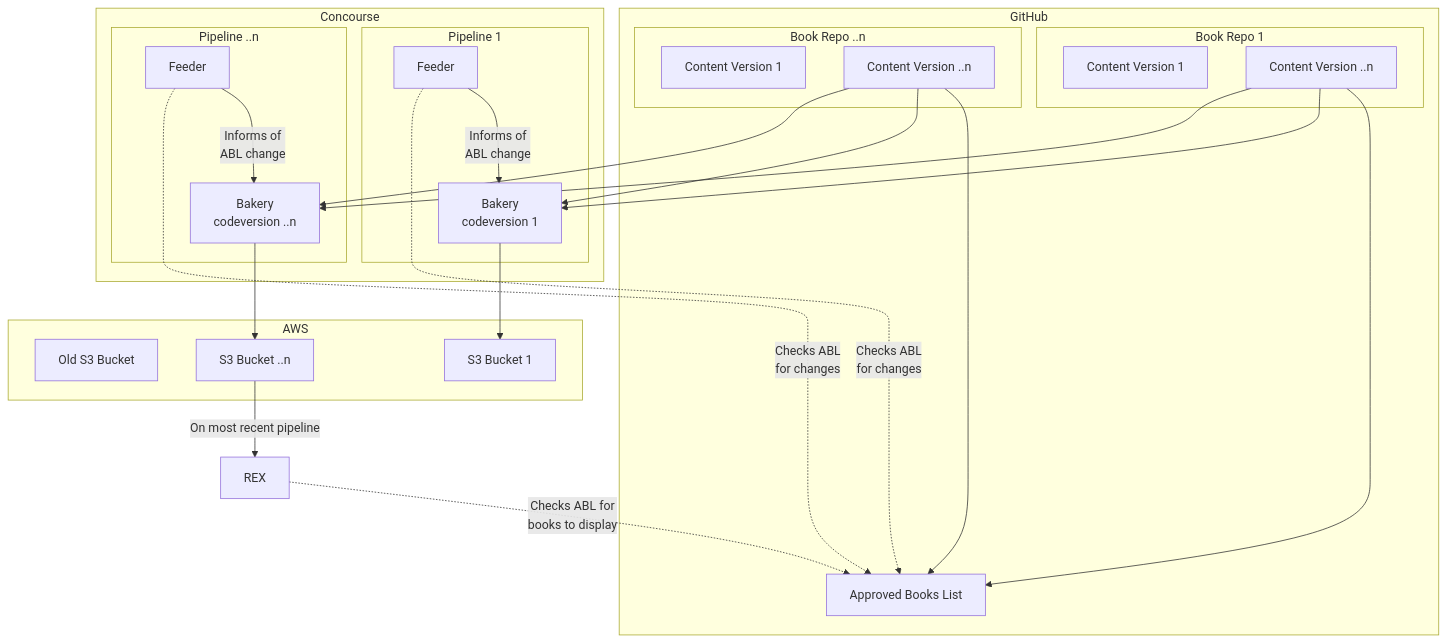
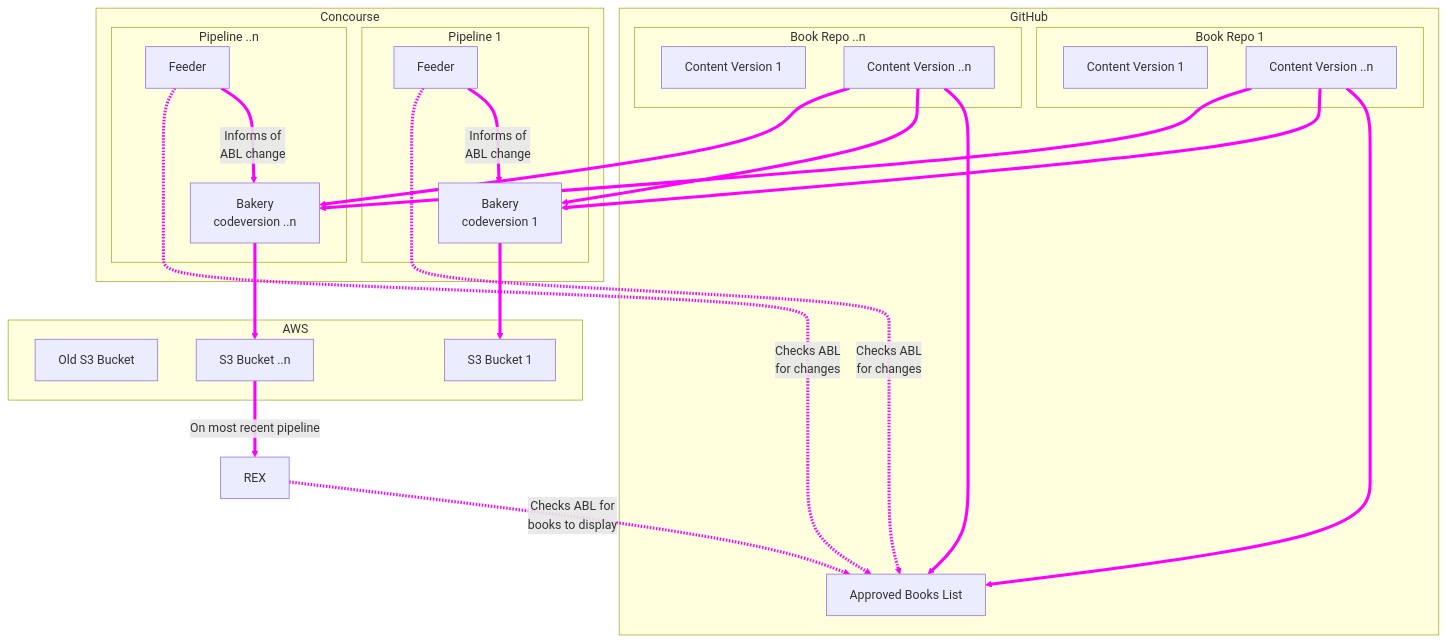
Before and after one commit to ne-newton/charts: the diagram in webhosting.md, drawn with Mermaid.

Commit message:
magenta lines

````diff
--- a/webhosting.md
+++ b/webhosting.md
@@ -1,39 +1,40 @@
 ```mermaid
   flowchart TD
     subgraph GitHub
       subgraph Book Repo 1
         A1[Content Version 1]
         A2[Content Version ..n]
       end
       subgraph Book Repo ..n
         A3[Content Version 1]
         A4[Content Version ..n]
       end
       A5[Approved Books List]
     end
     subgraph Concourse
       subgraph Pipeline 1
         B1[Feeder] -->|Informs of\n ABL change| B2[Bakery\n codeversion 1]
       end
       subgraph Pipeline ..n
         B3[Feeder] -->|Informs of\n ABL change| B4[Bakery\n codeversion ..n]
       end
     end
     subgraph AWS
       C1[Old S3 Bucket]
       C2[S3 Bucket 1]
       C3[S3 Bucket ..n]
     end
     A2 --> A5
     A4 --> A5
     A2 --> B2
     A2 --> B4
     A4 --> B2
     A4 --> B4
     B2 --> C2
     B4 --> C3
     B1 -.->|Checks ABL\n for changes| A5
     B3 -.->|Checks ABL\n for changes| A5
     C3 -->|On most recent pipeline| D1[REX]
     D1 -.->|Checks ABL for\n books to display| A5
+    linkStyle default stroke:#ff00ff,stroke-width:4px;
 ```
````
